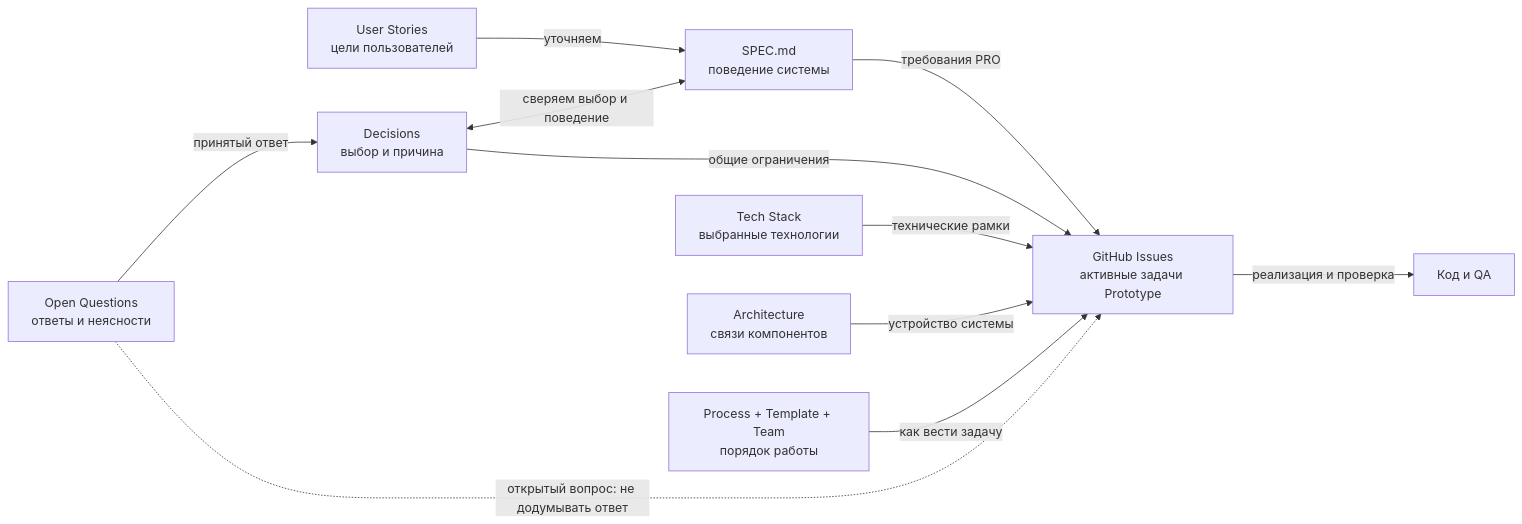
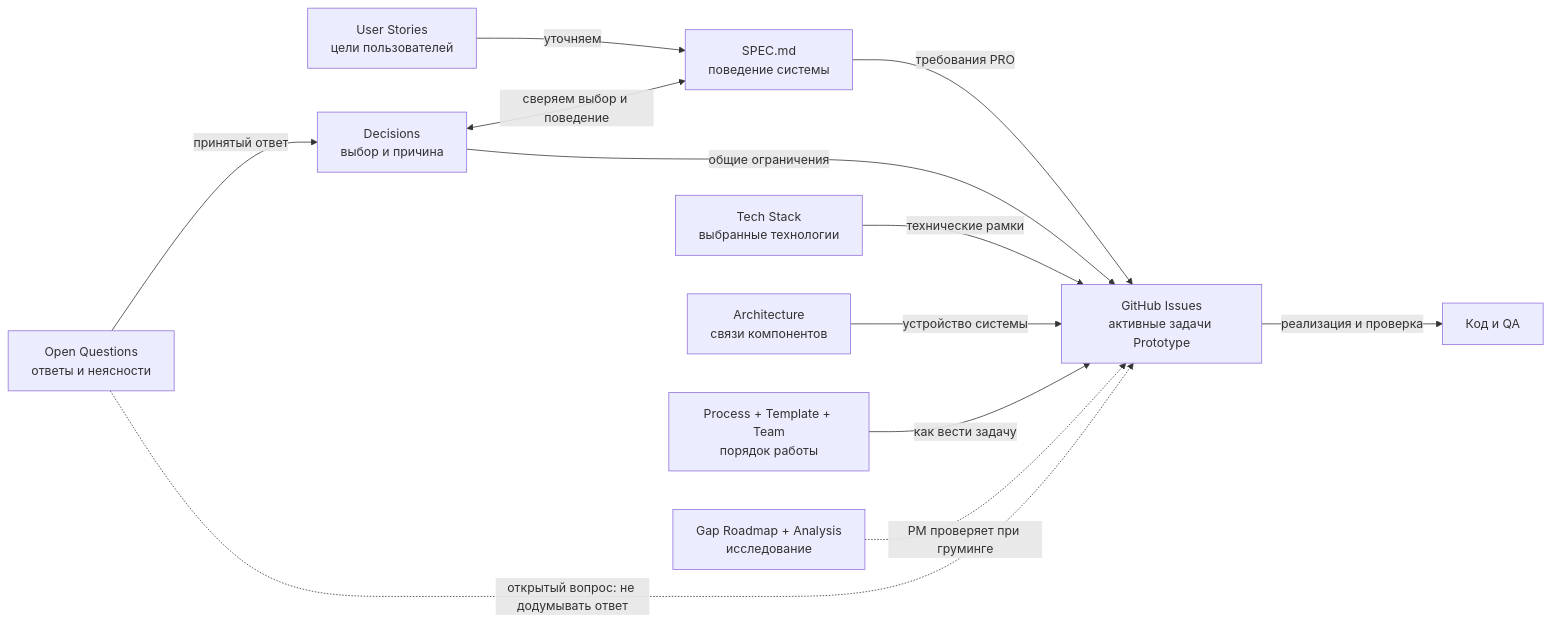
One commit to tryproxy/tg-super-backend changed the diagram in _docs/README.md. Above: the diagram before and after it, drawn with Mermaid. The commit also changed other lines of this file and 4 other files, not shown here.

First line of the commit message:
docs(research): add gap analysis and implementation roadmap

````diff
--- a/_docs/README.md
+++ b/_docs/README.md
@@ -7,13 +7,14 @@
 ```mermaid
 flowchart LR
     US["User Stories<br/>цели пользователей"] -->|уточняем| SPEC["SPEC.md<br/>поведение системы"]
     OQ["Open Questions<br/>ответы и неясности"] -->|принятый ответ| DEC["Decisions<br/>выбор и причина"]
     DEC <-->|сверяем выбор и поведение| SPEC
     SPEC -->|требования PRO| ISS["GitHub Issues<br/>активные задачи Prototype"]
     DEC -->|общие ограничения| ISS
     STACK["Tech Stack<br/>выбранные технологии"] -->|технические рамки| ISS
     ARCH["Architecture<br/>связи компонентов"] -->|устройство системы| ISS
     PROCESS["Process + Template + Team<br/>порядок работы"] -->|как вести задачу| ISS
+    GAP["Gap Roadmap + Analysis<br/>исследование"] -.->|PM проверяет при груминге| ISS
     OQ -.->|открытый вопрос: не додумывать ответ| ISS
     ISS -->|реализация и проверка| CODE["Код и QA"]
 ```
````
